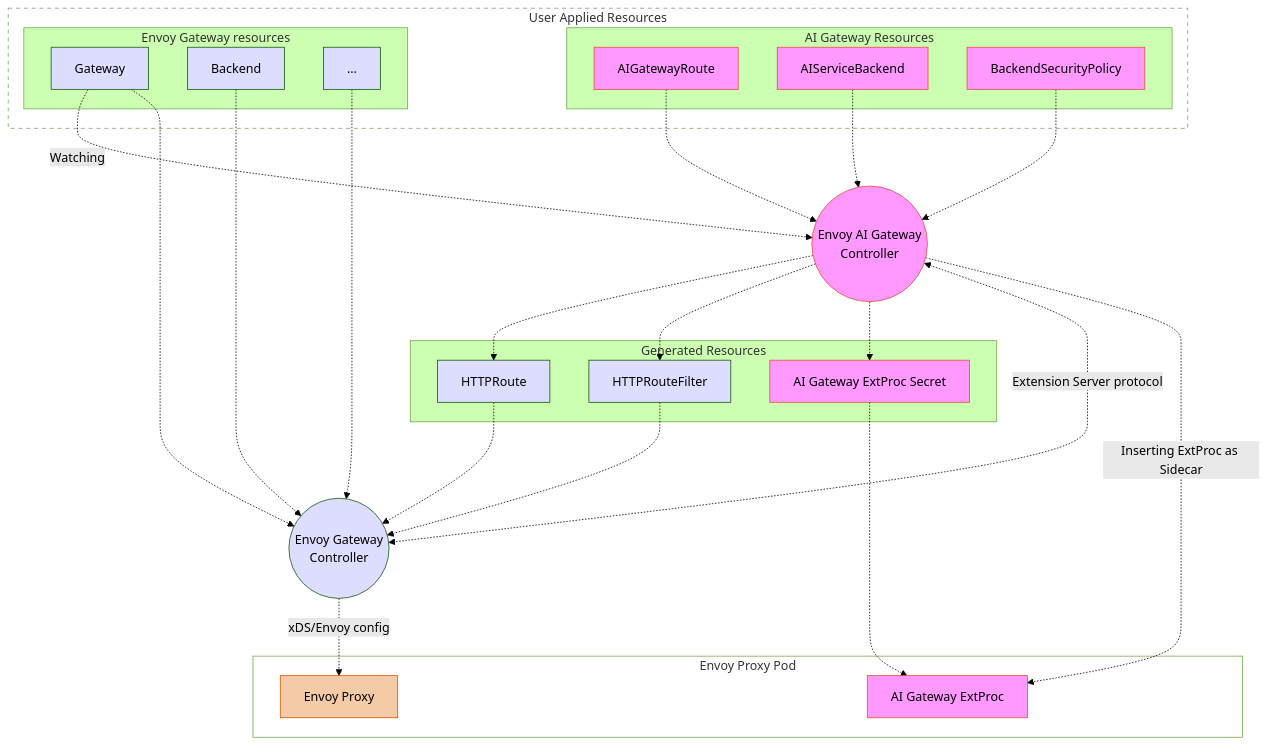
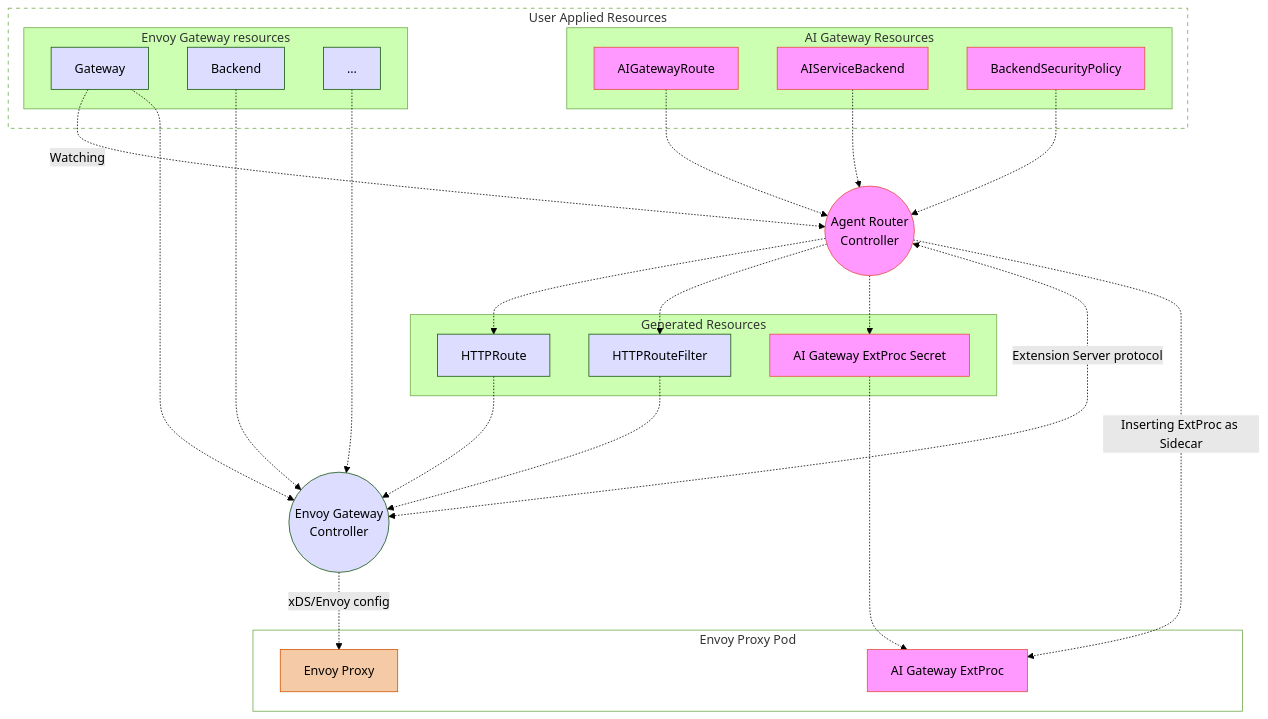
One commit to envoyproxy/ai-gateway changed the diagram in site/versioned_docs/version-1.1/concepts/architecture/control-plane.md. Above: the diagram before and after it, drawn with Mermaid (forest theme). The commit also changed other lines of this file and 209 other files, not shown here.

First line of the commit message:
feat(site): rebrand site and README to Agent Router

````diff
--- a/site/versioned_docs/version-1.1/concepts/architecture/control-plane.md
+++ b/site/versioned_docs/version-1.1/concepts/architecture/control-plane.md
@@ -11,61 +11,61 @@
 ```mermaid
 graph TB
     %% Define styles for different component categories
     classDef aiGatewayStyle fill:#f9f,stroke:#E74C3C,color:#000
     classDef envoyGatewayStyle fill:#ddf,stroke:#none,color:#000
     classDef aiGatewayResourceStyle fill:#f9f,stroke:#E74C3C,color:#000
     classDef envoyGatewayResourceStyle fill:#ddf,stroke:#none,color:#000
     classDef generatedResourceStyle fill:#ddf,stroke:#none,color:#000
     classDef envoyProxyStyle fill:#F5CBA7,stroke:#D35400,color:#000
     classDef aiGatewayExtProcStyle fill:#f9f,stroke:#E74C3C,color:#000
 
     subgraph "UserAppliedResources"["User Applied Resources"]
         subgraph "AI Gateway Resources"
             AIGatewayRoute:::aiGatewayResourceStyle
             AIServiceBackend:::aiGatewayResourceStyle
             BackendSecurityPolicy:::aiGatewayResourceStyle
         end
         subgraph "Envoy Gateway resources"
             Gateway:::envoyGatewayResourceStyle
             Backend:::envoyGatewayResourceStyle
             EGDots[...]:::envoyGatewayResourceStyle
         end
     end
     style UserAppliedResources fill:none,stroke-dasharray:5
 
-    AIGateway((Envoy AI Gateway
+    AIGateway((Agent Router
                     Controller)):::aiGatewayStyle
     EnvoyGateway((Envoy Gateway
                     Controller)):::envoyGatewayStyle
     subgraph "Generated Resources"
         HTTPRoute:::generatedResourceStyle
         HTTPRouteFilter:::generatedResourceStyle
         ExtProcConfigSecret[AI Gateway ExtProc Secret]:::aiGatewayExtProcStyle
     end
 
     subgraph "EnvoyProxyPod"[Envoy Proxy Pod]
         EnvoyProxy[Envoy Proxy]:::envoyProxyStyle
         AIExtProc[AI Gateway ExtProc]:::aiGatewayExtProcStyle
     end
     style EnvoyProxyPod fill:none,stroke:5
 
     AIGatewayRoute -.->AIGateway
     AIServiceBackend -.->AIGateway
     BackendSecurityPolicy -.->AIGateway
     Gateway -.->|Watching|AIGateway
 
     Gateway -.->EnvoyGateway
     Backend -.->EnvoyGateway
     EGDots -.->EnvoyGateway
 
     AIGateway -.->HTTPRoute
     AIGateway -.->HTTPRouteFilter
     AIGateway -.->ExtProcConfigSecret
     HTTPRoute -.->EnvoyGateway
     HTTPRouteFilter -.->EnvoyGateway
     ExtProcConfigSecret -.->AIExtProc
 
     EnvoyGateway -.->|xDS/Envoy config|EnvoyProxy
     AIGateway <-.->|Extension Server protocol|EnvoyGateway
     AIGateway -.->|Inserting ExtProc as Sidecar|AIExtProc
 ```
````
